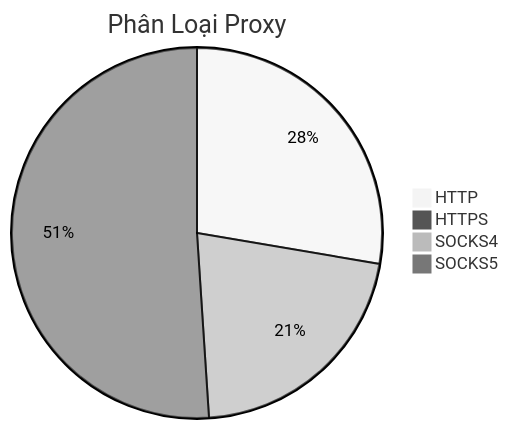
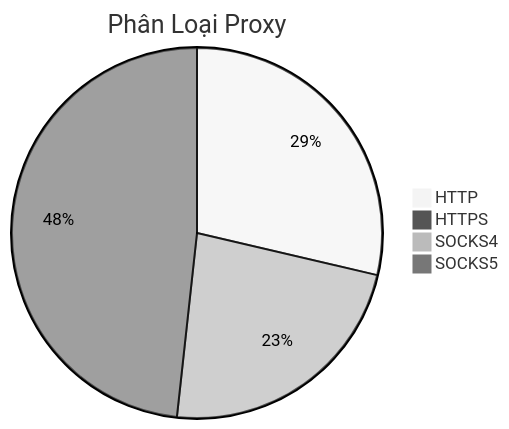
One commit to Ciara-12/PROXY-free changed the diagram in README.md. Above: the diagram before and after it, drawn with Mermaid (neutral theme). The commit also changed other lines of this file and 3 other files, not shown here.

````diff
--- a/README.md
+++ b/README.md
@@ -26,7 +26,7 @@
 ```mermaid
 pie title Phân Loại Proxy
-    "HTTP" : 321
+    "HTTP" : 339
     "HTTPS" : 0
-    "SOCKS4" : 247
-    "SOCKS5" : 592
+    "SOCKS4" : 273
+    "SOCKS5" : 571
 ```
````
